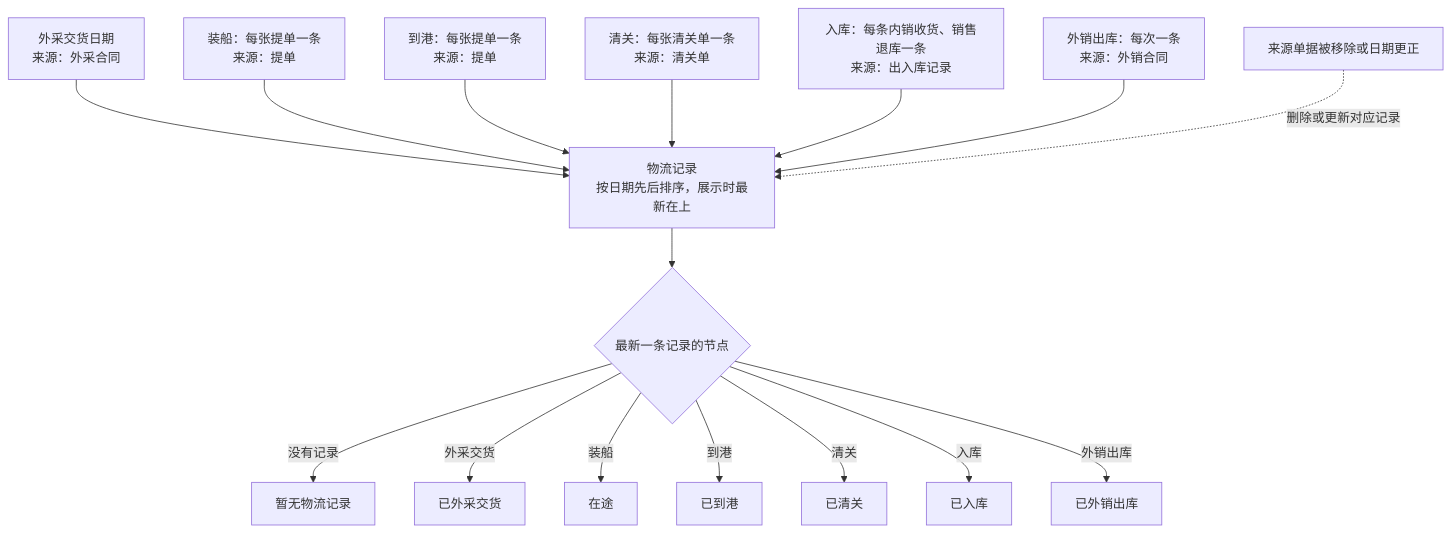
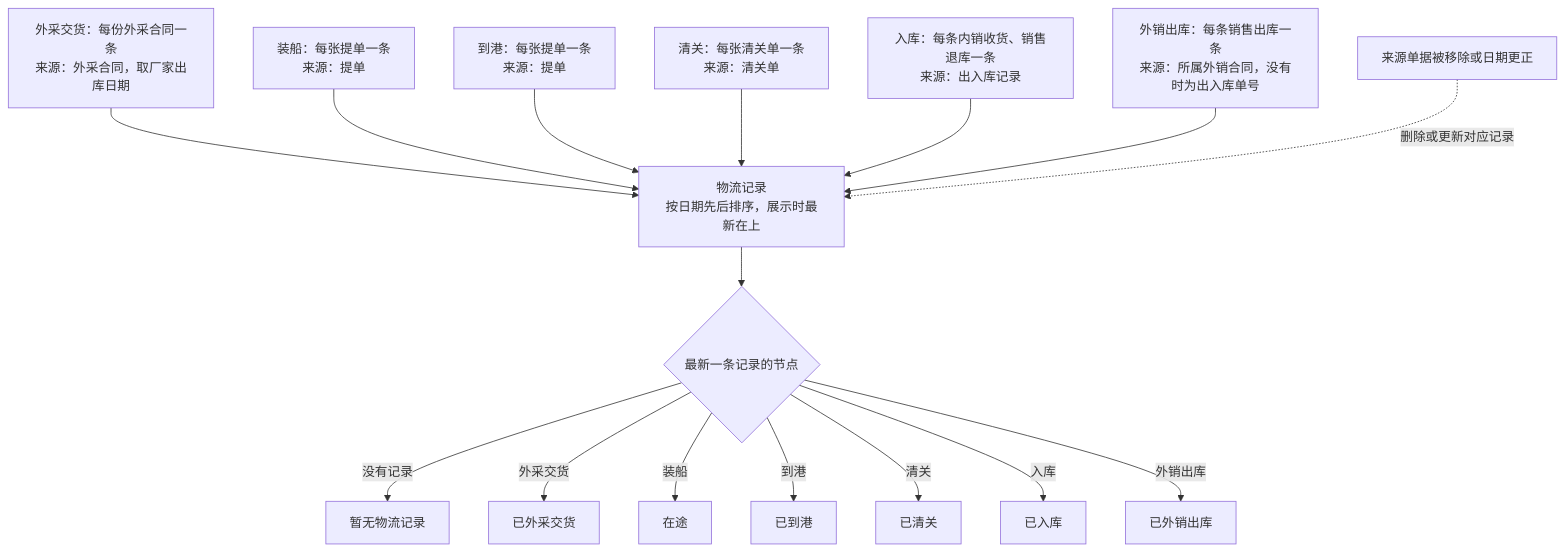
The second of 4 diagrams in asset-trust-platform/PRD/运营端/M5-车辆履约/02-车辆履约-流程图与状态机.md (wxblockchain/Chain-Financing), drawn with Mermaid before and after one commit. The commit also changed 2 other files, not shown here.

Commit message:
prd(WS-674): settle M5 Eval questions Q1-Q8
- Ordering by number is ascending, character by character, case-insensitive
  (as M12); same-day same-audit-time stock records ordered by bill number
- One purchase delivery record per purchase contract (manufacturer dispatch
  date); each sales outbound is matched to the latest adopted export
  contract dated on or before it, otherwise it has no contract and shows
  the stock bill number
- Export receipt status: any unconvertible amount gives 已有收款
- VIN matching ignores case and whitespace (as M8); search trims input
- Unknown stock types are not received (counted in M15)
- No extra update latency: latest data on next open or refresh (as M4)
- New M5-Q20: personal export customer masking is undefined across modules
- 04: AC-M5-70 added and scenarios extended (33 criteria)

````diff
--- a/asset-trust-platform/PRD/运营端/M5-车辆履约/02-车辆履约-流程图与状态机.md
+++ b/asset-trust-platform/PRD/运营端/M5-车辆履约/02-车辆履约-流程图与状态机.md
@@ -49,18 +49,18 @@
 ```mermaid
 flowchart TD
-    E1[外采交货日期<br/>来源：外采合同] --> REC
+    E1[外采交货：每份外采合同一条<br/>来源：外采合同，取厂家出库日期] --> REC
     E2[装船：每张提单一条<br/>来源：提单] --> REC
     E3[到港：每张提单一条<br/>来源：提单] --> REC
     E4[清关：每张清关单一条<br/>来源：清关单] --> REC
     E6[入库：每条内销收货、销售退库一条<br/>来源：出入库记录] --> REC
-    E5[外销出库：每次一条<br/>来源：外销合同] --> REC
+    E5[外销出库：每条销售出库一条<br/>来源：所属外销合同，没有时为出入库单号] --> REC
     REC[物流记录<br/>按日期先后排序，展示时最新在上] --> L{最新一条记录的节点}
     L -->|没有记录| S0[暂无物流记录]
     L -->|外采交货| S1[已外采交货]
     L -->|装船| S2[在途]
     L -->|到港| S3[已到港]
     L -->|清关| S4[已清关]
     L -->|入库| S6[已入库]
     L -->|外销出库| S5[已外销出库]
     X[来源单据被移除或日期更正] -. 删除或更新对应记录 .-> REC
 ```
````
